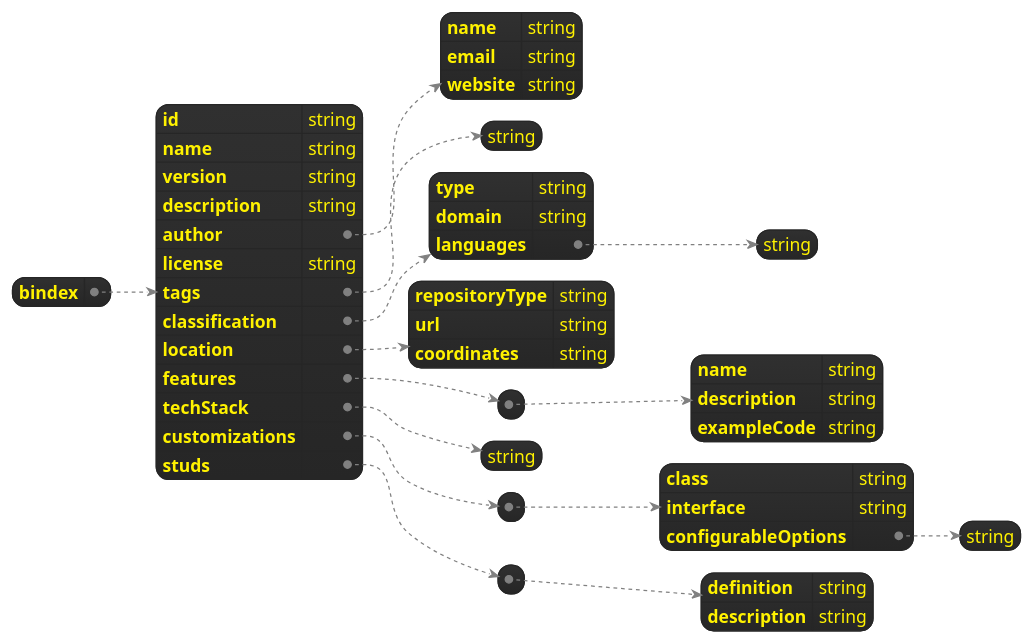
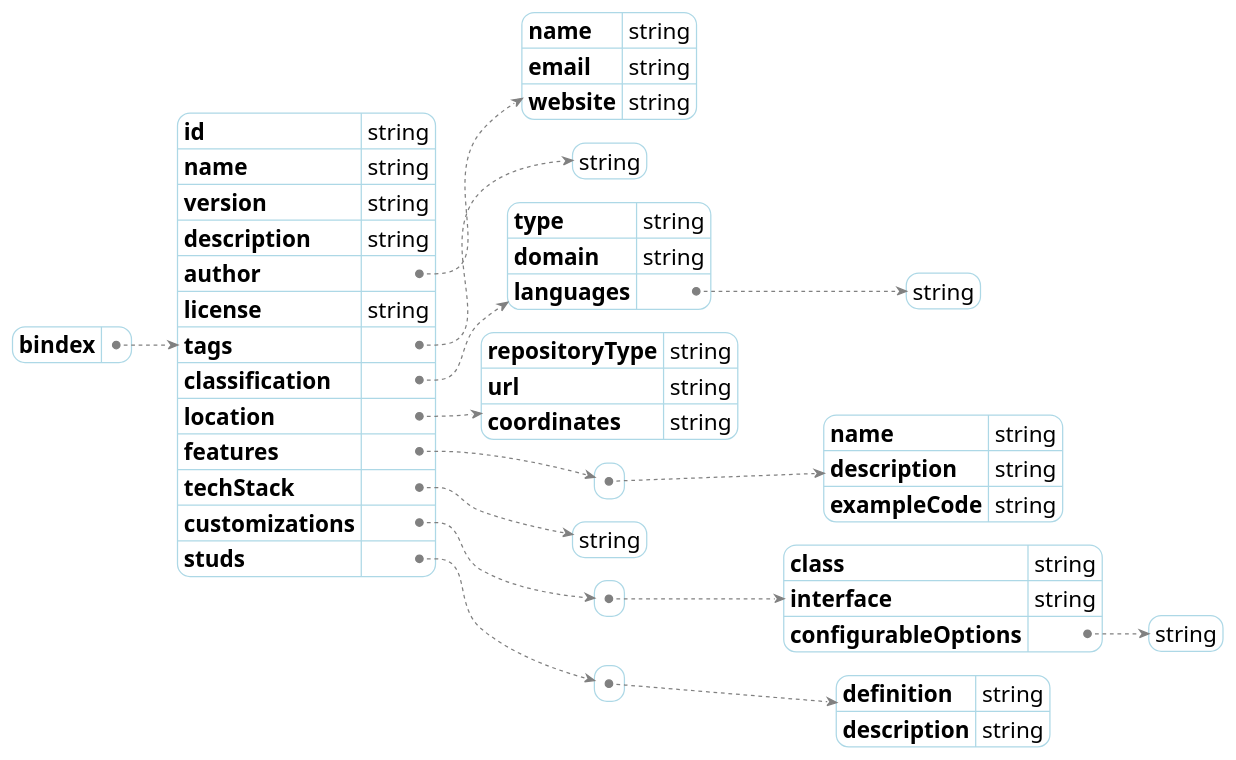
One commit to machanism-org/machai changed the diagram in src/site/puml/bindex-schema.puml. Above: the diagram before and after it, drawn with PlantUML. The commit also changed 5 other files, not shown here.

```diff
--- a/src/site/puml/bindex-schema.puml
+++ b/src/site/puml/bindex-schema.puml
@@ -1,58 +1,64 @@
 @startjson
 !theme black-knight
 <style>
 jsonDiagram {
+  node {
+    BackgroundColor: white
+    LineColor: lightblue
+    FontColor: black
+    FontSize: 18
+  }
   arrow {
     BackgroundColor: white
     LineColor: gray
     FontColor: black 
   }
 }
 </style>
 {
   "bindex": {
     "id": "string",
     "name": "string",
     "version": "string",
     "description": "string", 
     "author": {
       "name": "string",
       "email": "string",
       "website": "string"
     },
     "license": "string",
     "tags": ["string"],
     "classification": {
       "type": "string",
       "domain": "string",
       "languages": ["string"]
     },
     "location": {
       "repositoryType": "string",
       "url": "string",
       "coordinates": "string"
     },
     "features": [
       {
         "name": "string",
         "description": "string",
         "exampleCode": "string"
       }
     ],
     "techStack": ["string"],
     "customizations": [
       {
         "class": "string",
         "interface": "string",
         "configurableOptions": ["string"]
       }
     ],
     "studs": [
       {
         "definition": "string",
         "description": "string"
       }
     ]
   }
 }
 @endjson
```
